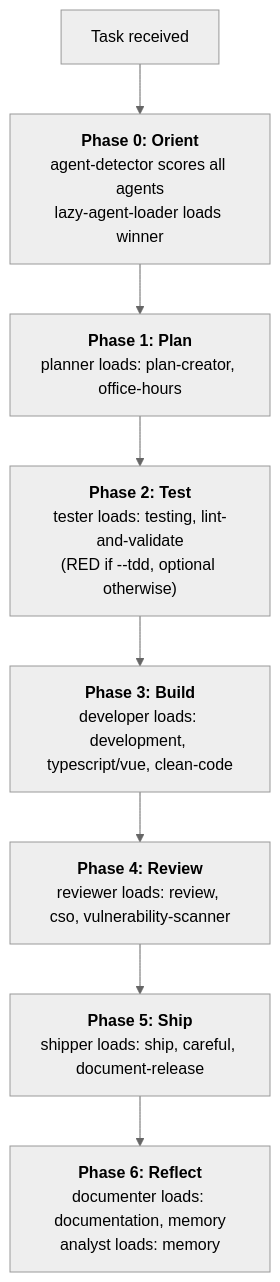
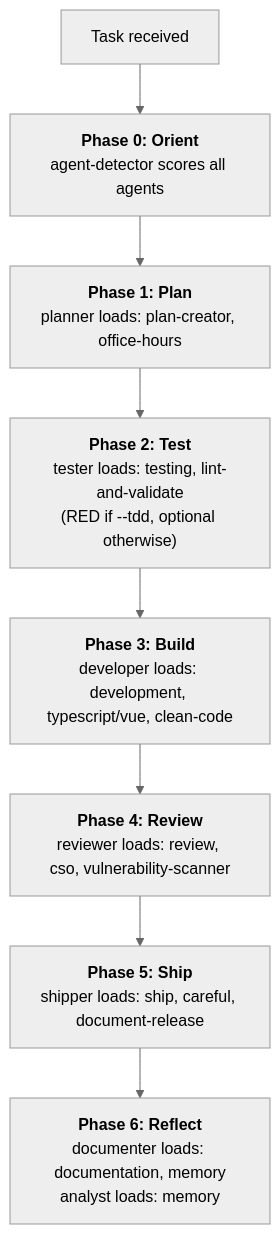
The second of 4 diagrams in packages/docs/content/docs/guide/agent-skill-architecture.mdx (ngocsangyem/MeowKit), drawn with Mermaid (neutral theme) before and after one commit. The commit also changed other lines of this file and 829 other files, not shown here.

````diff
--- a/packages/docs/content/docs/guide/agent-skill-architecture.mdx
+++ b/packages/docs/content/docs/guide/agent-skill-architecture.mdx
@@ -42,13 +42,13 @@
 ```mermaid
 flowchart TD
     T["Task received"]
-    P0["<b>Phase 0: Orient</b><br/>agent-detector scores all agents<br/>lazy-agent-loader loads winner"]
+    P0["<b>Phase 0: Orient</b><br/>agent-detector scores all agents"]
     P1["<b>Phase 1: Plan</b><br/>planner loads: plan-creator, office-hours"]
     P2["<b>Phase 2: Test</b><br/>tester loads: testing, lint-and-validate<br/>(RED if --tdd, optional otherwise)"]
     P3["<b>Phase 3: Build</b><br/>developer loads: development, typescript/vue, clean-code"]
     P4["<b>Phase 4: Review</b><br/>reviewer loads: review, cso, vulnerability-scanner"]
     P5["<b>Phase 5: Ship</b><br/>shipper loads: ship, careful, document-release"]
     P6["<b>Phase 6: Reflect</b><br/>documenter loads: documentation, memory<br/>analyst loads: memory"]
 
     T --> P0 --> P1 --> P2 --> P3 --> P4 --> P5 --> P6
 ```
````
